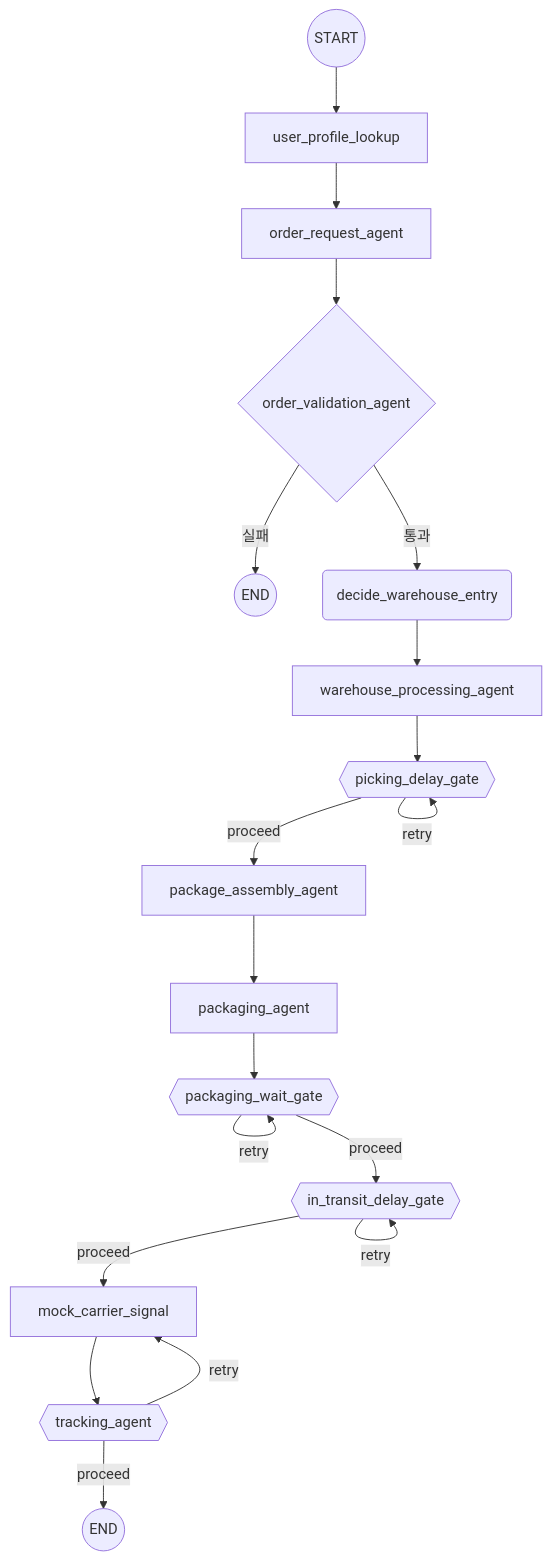
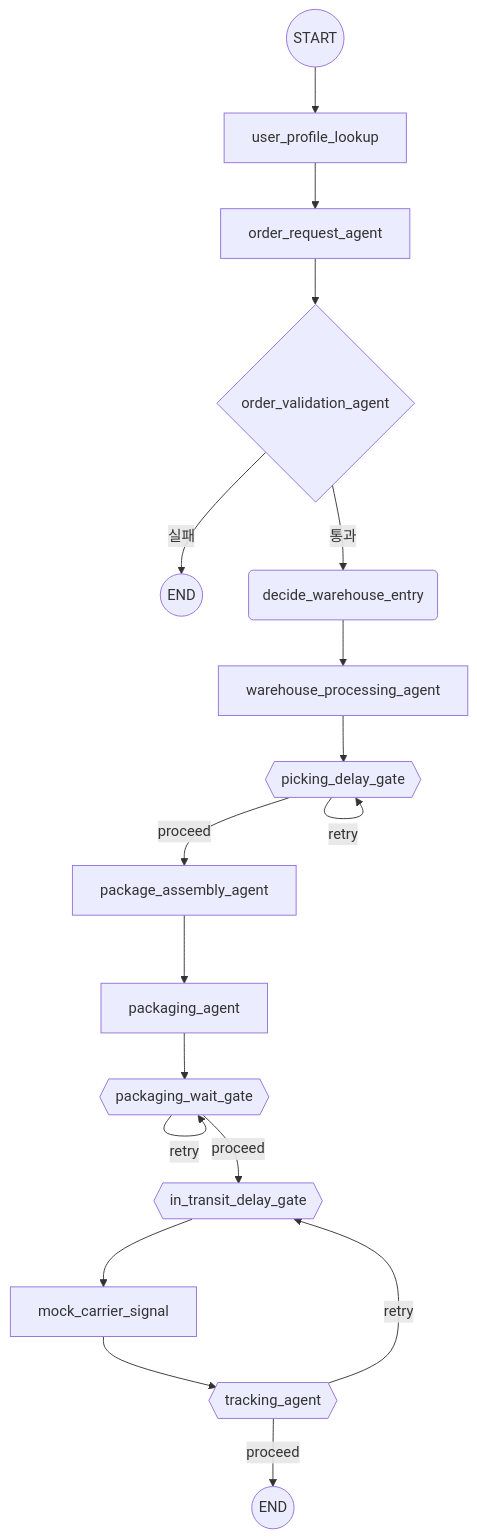
One commit to taeri-sudo/logistics-agent-poc changed the diagram in README.md. Above: the diagram before and after it, drawn with Mermaid. The commit also changed other lines of this file and 6 other files, not shown here.

````diff
--- a/README.md
+++ b/README.md
@@ -18,21 +18,20 @@
 ```mermaid
 flowchart TD
     START((START)) --> UPL[user_profile_lookup]
     UPL --> ORA[order_request_agent]
     ORA --> OVA{order_validation_agent}
     OVA -- 실패 --> END1((END))
     OVA -- 통과 --> DWE(decide_warehouse_entry)
     DWE --> WPA[warehouse_processing_agent]
     WPA --> PDG{{picking_delay_gate}}
     PDG -- retry --> PDG
     PDG -- proceed --> PAA[package_assembly_agent]
     PAA --> PKA[packaging_agent]
     PKA --> PWG{{packaging_wait_gate}}
     PWG -- retry --> PWG
     PWG -- proceed --> ITG{{in_transit_delay_gate}}
-    ITG -- retry --> ITG
-    ITG -- proceed --> MCS[mock_carrier_signal]
+    ITG --> MCS[mock_carrier_signal]
     MCS --> TRA{{tracking_agent}}
-    TRA -- retry --> MCS
+    TRA -- retry --> ITG
     TRA -- proceed --> END2((END))
 ```
````
